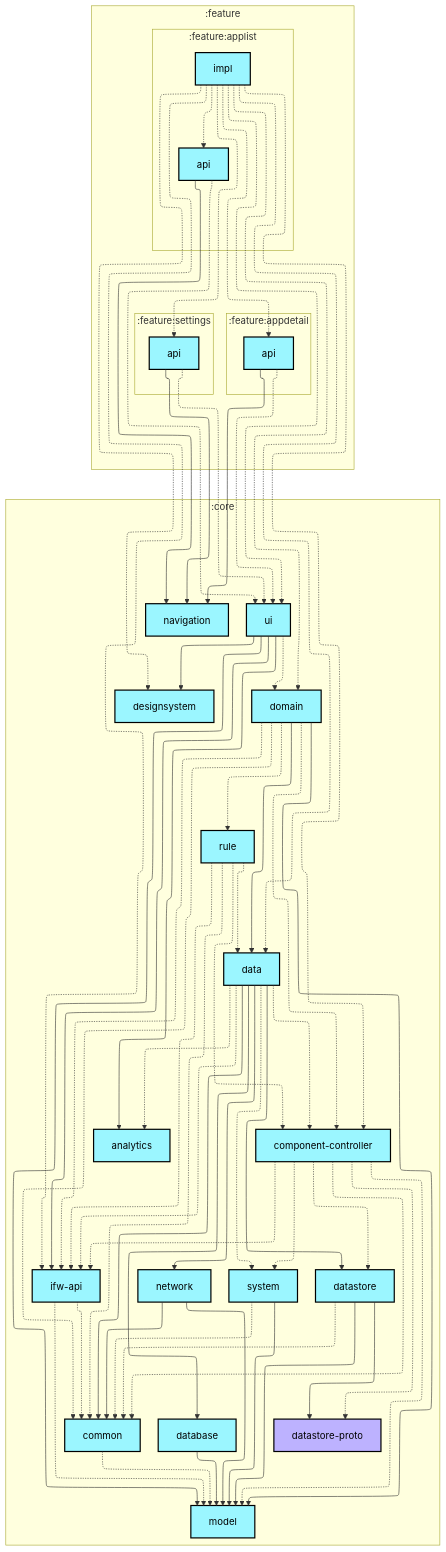
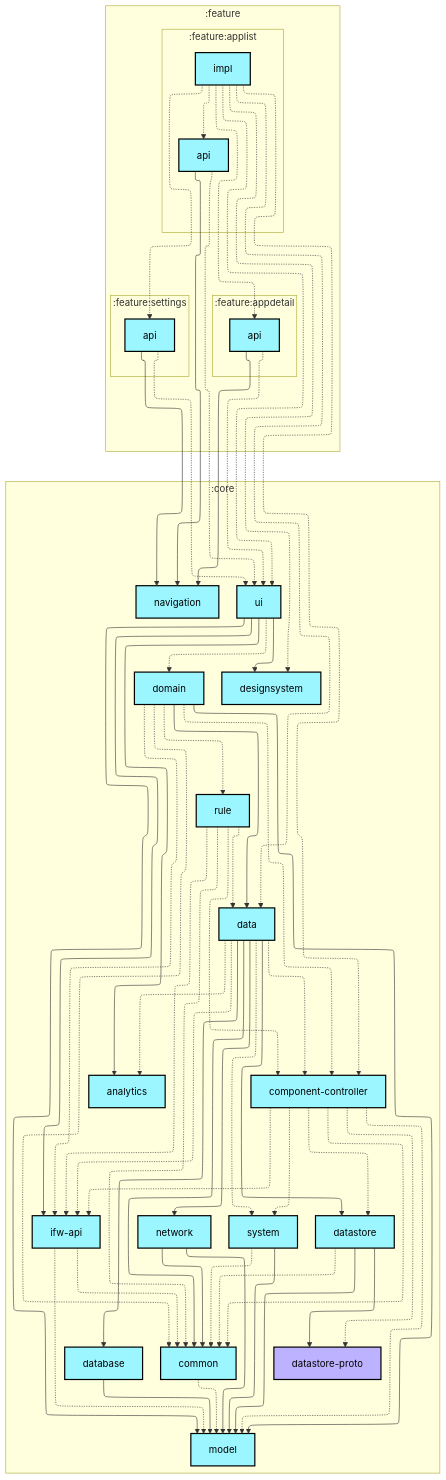
Before and after one commit to lihenggui/blocker: the first of 2 diagrams in feature/applist/impl/README.md, drawn with Mermaid. The commit also changed 69 other files, not shown here.

```diff
--- a/feature/applist/impl/README.md
+++ b/feature/applist/impl/README.md
@@ -94,8 +94,6 @@
   :feature:applist:impl -.-> :core:component-controller
   :feature:applist:impl -.-> :core:data
   :feature:applist:impl -.-> :core:designsystem
-  :feature:applist:impl -.-> :core:domain
-  :feature:applist:impl -.-> :core:ifw-api
   :feature:applist:impl -.-> :core:ui
   :feature:applist:impl -.-> :feature:appdetail:api
   :feature:applist:impl -.-> :feature:applist:api
```
